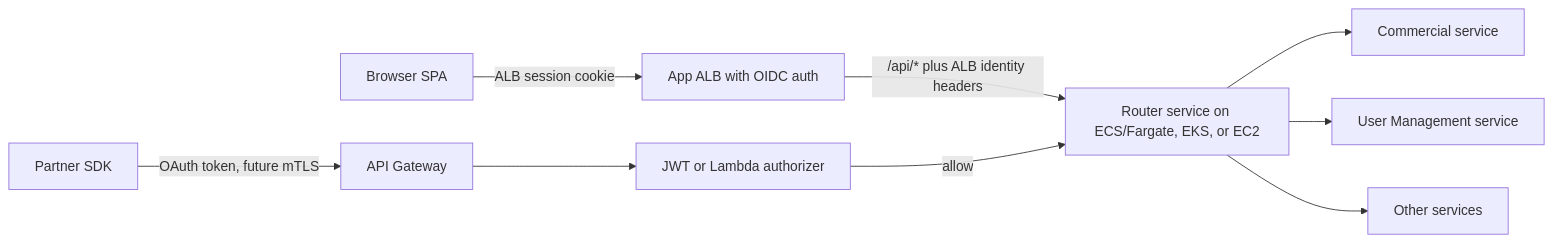
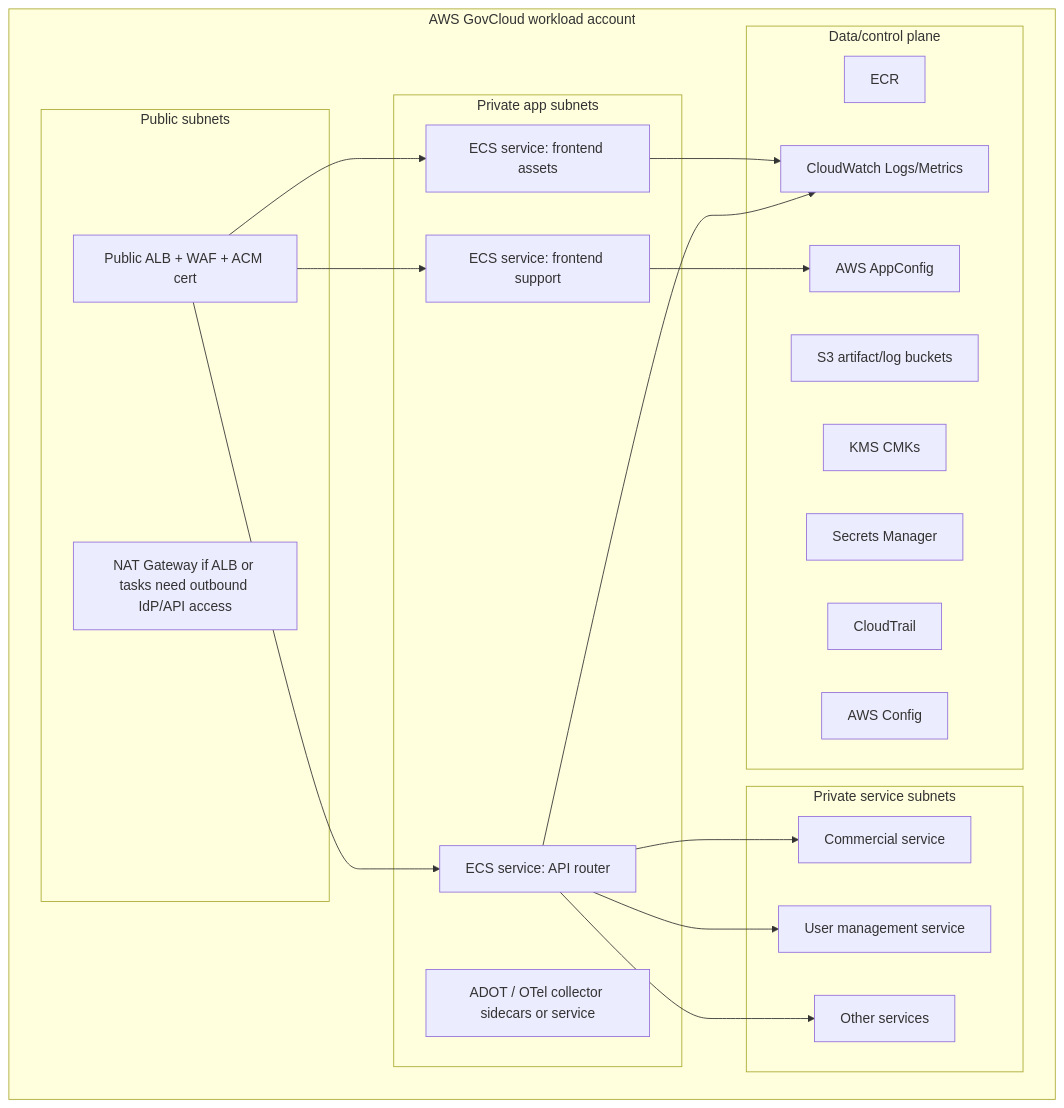
One commit to eric-minassian/notes changed the eighth of 9 diagrams in aws-govcloud-authenticated-spa-router/index.md. Above: the diagram before and after it, drawn with Mermaid. The commit also changed other lines of this file and 1 other file, not shown here.

````diff
--- a/aws-govcloud-authenticated-spa-router/index.md
+++ b/aws-govcloud-authenticated-spa-router/index.md
@@ -203,13 +337,43 @@
 ```mermaid
-flowchart LR
-    Browser[Browser SPA] -->|ALB session cookie| AppALB[App ALB with OIDC auth]
-    AppALB -->|/api/* plus ALB identity headers| Router[Router service on ECS/Fargate, EKS, or EC2]
+flowchart TB
+  subgraph GovCloudAccount[AWS GovCloud workload account]
+    subgraph PublicSubnets[Public subnets]
+      ALB[Public ALB + WAF + ACM cert]
+      NAT[NAT Gateway if ALB or tasks need outbound IdP/API access]
+    end
 
-    Partner[Partner SDK] -->|OAuth token, future mTLS| APIGW[API Gateway]
-    APIGW --> Authorizer[JWT or Lambda authorizer]
-    Authorizer -->|allow| Router
+    subgraph PrivateAppSubnets[Private app subnets]
+      FE[ECS service: frontend assets]
+      Router[ECS service: API router]
+      FS[ECS service: frontend support]
+      OTel[ADOT / OTel collector sidecars or service]
+    end
 
-    Router --> Commercial[Commercial service]
-    Router --> Users[User Management service]
-    Router --> Other[Other services]
+    subgraph PrivateServiceSubnets[Private service subnets]
+      Comm[Commercial service]
+      UserMgmt[User management service]
+      Other[Other services]
+    end
+
+    subgraph DataControl[Data/control plane]
+      ECR[ECR]
+      S3[S3 artifact/log buckets]
+      KMS[KMS CMKs]
+      Secrets[Secrets Manager]
+      CW[CloudWatch Logs/Metrics]
+      CT[CloudTrail]
+      CFG[AWS Config]
+      AppConfig[AWS AppConfig]
+    end
+  end
+
+  ALB --> FE
+  ALB --> Router
+  ALB --> FS
+  Router --> Comm
+  Router --> UserMgmt
+  Router --> Other
+  FE --> CW
+  Router --> CW
+  FS --> AppConfig
 ```
````
